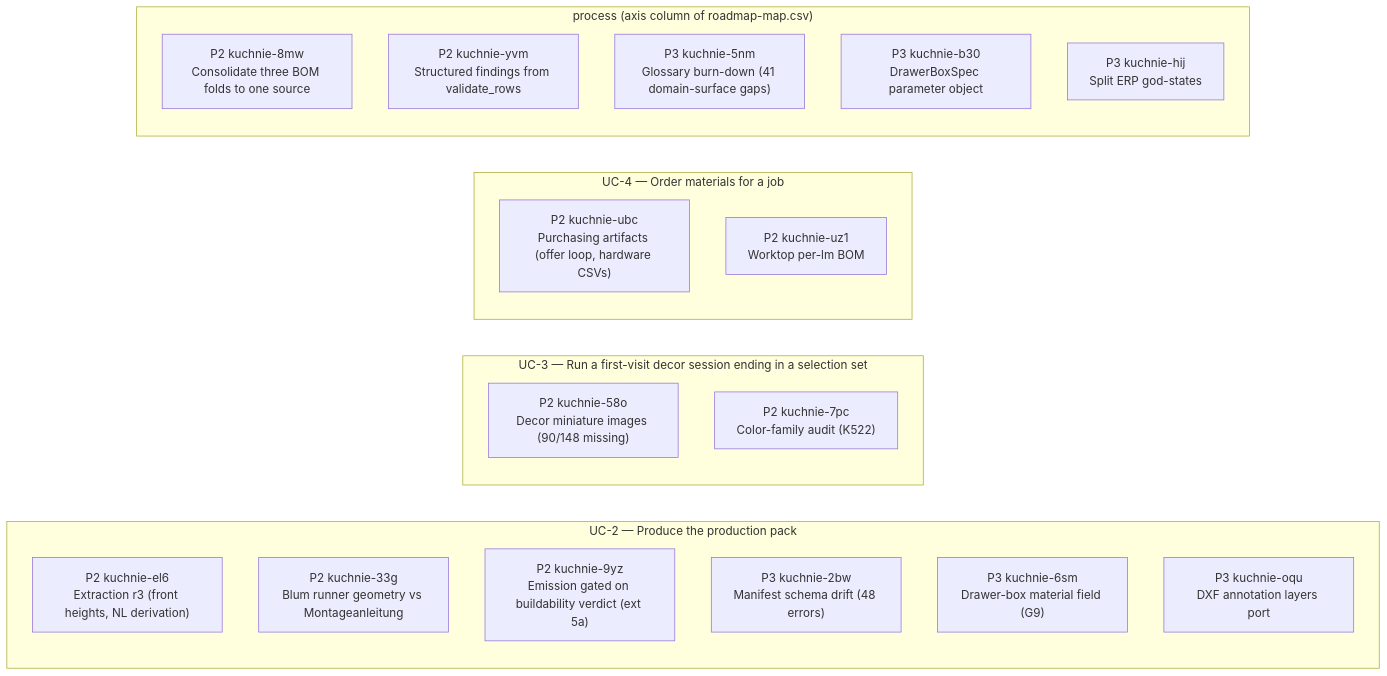
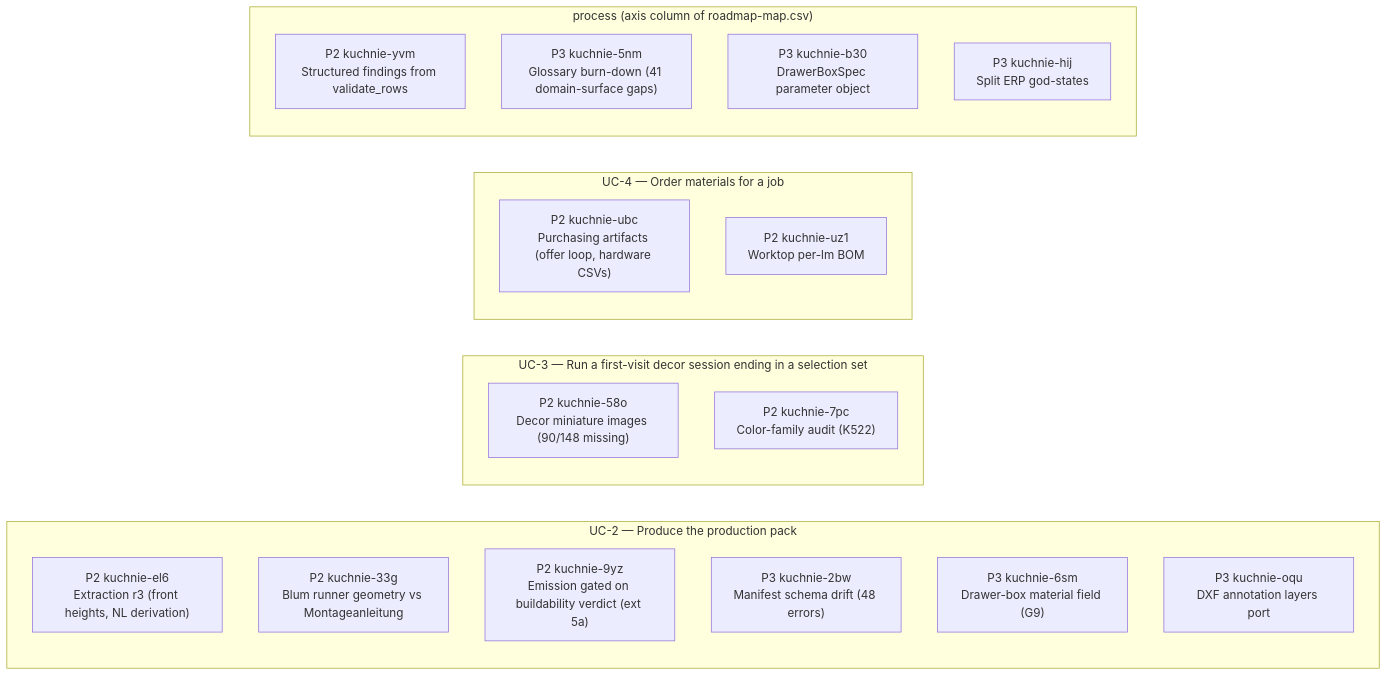
One commit to m1981/kuchnie changed the second of 2 diagrams in STATUS.md. Above: the diagram before and after it, drawn with Mermaid. The commit also changed other lines of this file and 1 other file, not shown here.

````diff
--- a/STATUS.md
+++ b/STATUS.md
@@ -149,26 +143,25 @@
 ```mermaid
 flowchart LR
     subgraph gUC_2 ["UC-2 — Produce the production pack"]
         u_kuchnie_el6["P2 kuchnie-el6<br/>Extraction r3 (front heights, NL derivation)"]
         u_kuchnie_33g["P2 kuchnie-33g<br/>Blum runner geometry vs Montageanleitung"]
         u_kuchnie_9yz["P2 kuchnie-9yz<br/>Emission gated on buildability verdict (ext 5a)"]
         u_kuchnie_2bw["P3 kuchnie-2bw<br/>Manifest schema drift (48 errors)"]
         u_kuchnie_6sm["P3 kuchnie-6sm<br/>Drawer-box material field (G9)"]
         u_kuchnie_oqu["P3 kuchnie-oqu<br/>DXF annotation layers port"]
     end
     subgraph gUC_3 ["UC-3 — Run a first-visit decor session ending in a selection set"]
         u_kuchnie_58o["P2 kuchnie-58o<br/>Decor miniature images (90/148 missing)"]
         u_kuchnie_7pc["P2 kuchnie-7pc<br/>Color-family audit (K522)"]
     end
     subgraph gUC_4 ["UC-4 — Order materials for a job"]
         u_kuchnie_ubc["P2 kuchnie-ubc<br/>Purchasing artifacts (offer loop, hardware CSVs)"]
         u_kuchnie_uz1["P2 kuchnie-uz1<br/>Worktop per-lm BOM"]
     end
     subgraph g_none ["process (axis column of roadmap-map.csv)"]
-        u_kuchnie_8mw["P2 kuchnie-8mw<br/>Consolidate three BOM folds to one source"]
         u_kuchnie_yvm["P2 kuchnie-yvm<br/>Structured findings from validate_rows"]
         u_kuchnie_5nm["P3 kuchnie-5nm<br/>Glossary burn-down (41 domain-surface gaps)"]
         u_kuchnie_b30["P3 kuchnie-b30<br/>DrawerBoxSpec parameter object"]
         u_kuchnie_hij["P3 kuchnie-hij<br/>Split ERP god-states"]
     end
 ```
````
